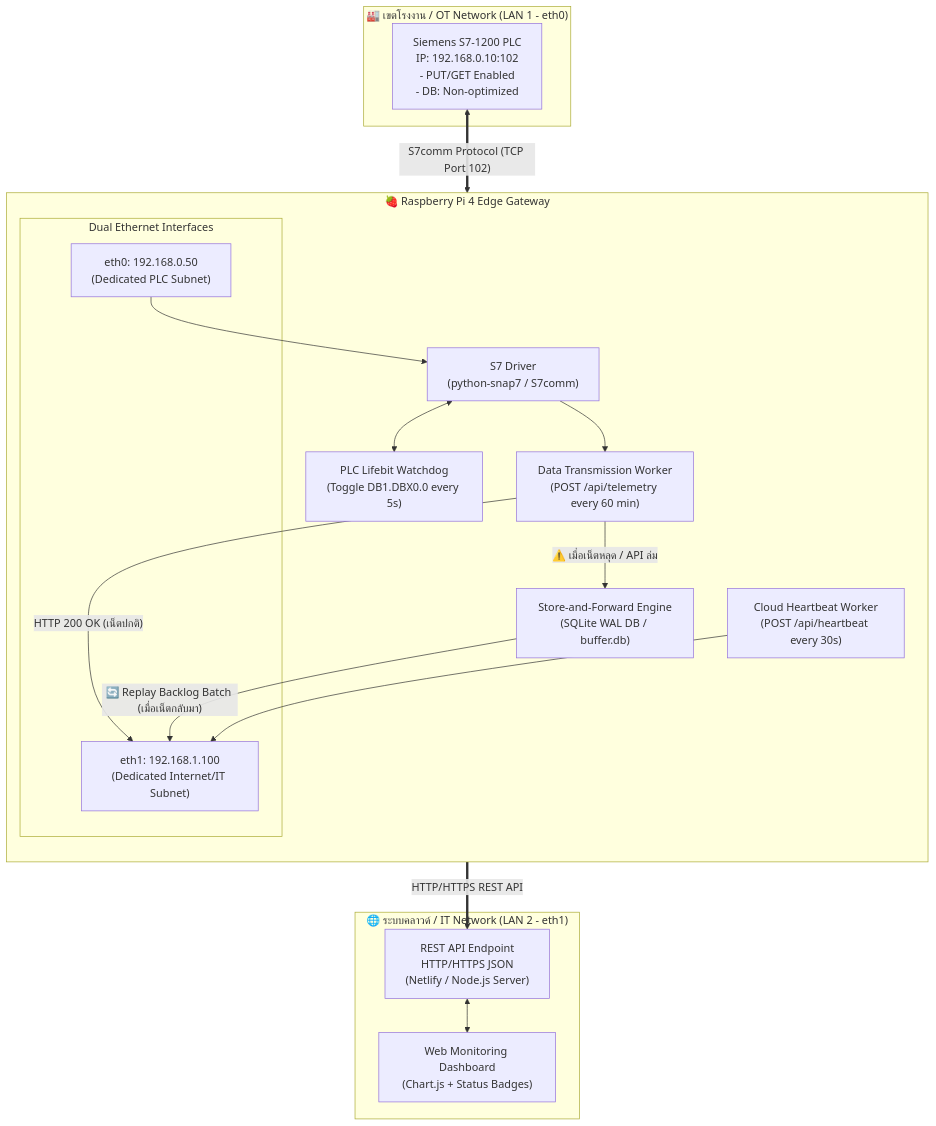
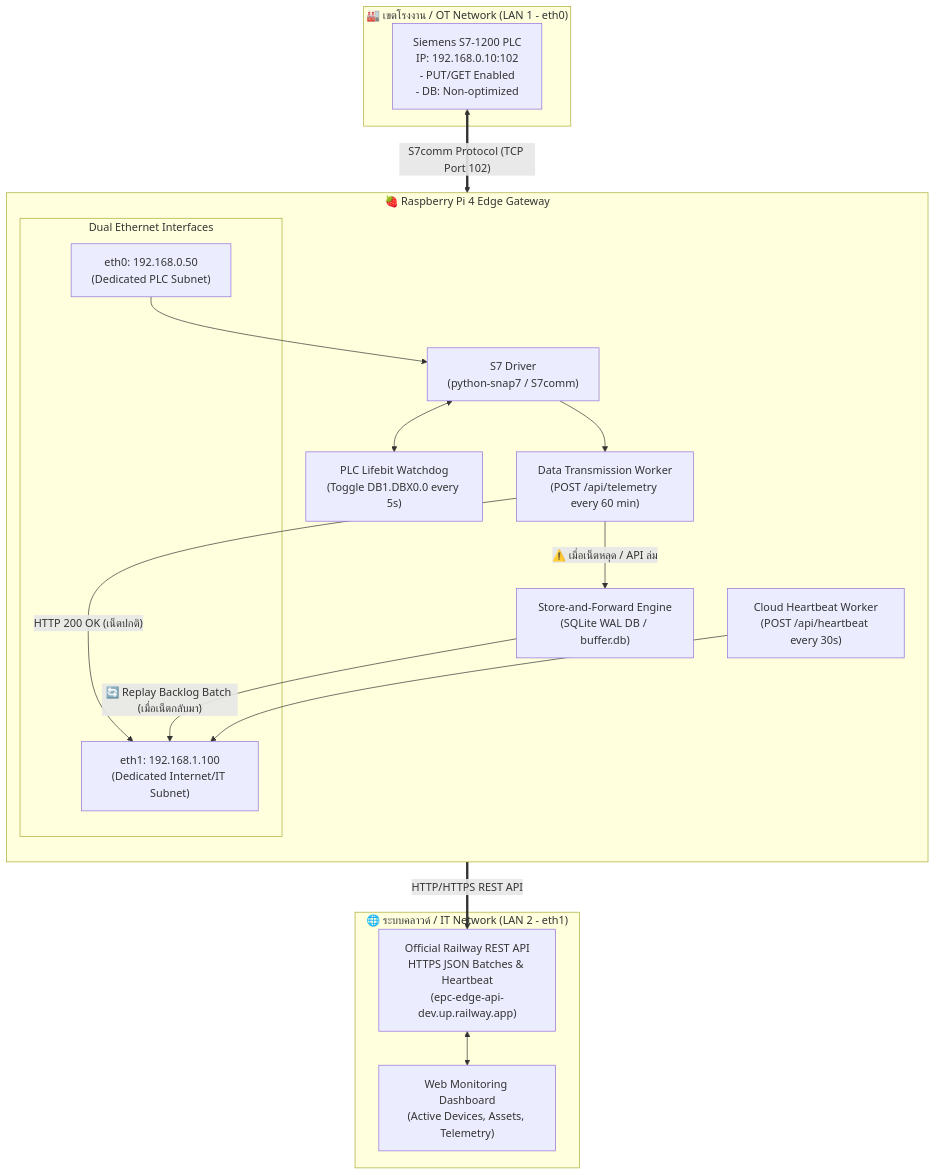
Before and after one commit to Pizz4Hut/rpitesting: the diagram in PLC_GATEWAY_GUIDE.md, drawn with Mermaid. The commit also changed 2 other files, not shown here.

Commit message:
docs: finalize all documentation to official Railway Cloud API and plc-config

````diff
--- a/PLC_GATEWAY_GUIDE.md
+++ b/PLC_GATEWAY_GUIDE.md
@@ -10,39 +10,39 @@
 ```mermaid
 flowchart TD
     subgraph OT_Zone ["🏭 เขตโรงงาน / OT Network (LAN 1 - eth0)"]
         PLC["Siemens S7-1200 PLC\nIP: 192.168.0.10:102\n- PUT/GET Enabled\n- DB: Non-optimized"]
     end
 
     subgraph Edge_Gateway ["🍓 Raspberry Pi 4 Edge Gateway"]
         direction TB
         subgraph Net_Interfaces ["Dual Ethernet Interfaces"]
             LAN1["eth0: 192.168.0.50\n(Dedicated PLC Subnet)"]
             LAN2["eth1: 192.168.1.100\n(Dedicated Internet/IT Subnet)"]
         end
         
         S7Driver["S7 Driver\n(python-snap7 / S7comm)"]
         Lifebit["PLC Lifebit Watchdog\n(Toggle DB1.DBX0.0 every 5s)"]
         Buffer["Store-and-Forward Engine\n(SQLite WAL DB / buffer.db)"]
         CloudHB["Cloud Heartbeat Worker\n(POST /api/heartbeat every 30s)"]
         DataTx["Data Transmission Worker\n(POST /api/telemetry every 60 min)"]
     end
 
     subgraph IT_Zone ["🌐 ระบบคลาวด์ / IT Network (LAN 2 - eth1)"]
-        WebAPI["REST API Endpoint\nHTTP/HTTPS JSON\n(Netlify / Node.js Server)"]
-        WebDash["Web Monitoring Dashboard\n(Chart.js + Status Badges)"]
+        WebAPI["Official Railway REST API\nHTTPS JSON Batches & Heartbeat\n(epc-edge-api-dev.up.railway.app)"]
+        WebDash["Web Monitoring Dashboard\n(Active Devices, Assets, Telemetry)"]
     end
 
     %% Connections
     PLC <== "S7comm Protocol (TCP Port 102)" ==> LAN1
     LAN1 --> S7Driver
     S7Driver <--> Lifebit
     S7Driver --> DataTx
 
     DataTx -- "HTTP 200 OK (เน็ตปกติ)" --> LAN2
     DataTx -- "⚠️ เมื่อเน็ตหลุด / API ล่ม" --> Buffer
     Buffer -- "🔄 Replay Backlog Batch (เมื่อเน็ตกลับมา)" --> LAN2
 
     CloudHB --> LAN2
     LAN2 == "HTTP/HTTPS REST API" ==> WebAPI
     WebAPI <--> WebDash
 ```
````
